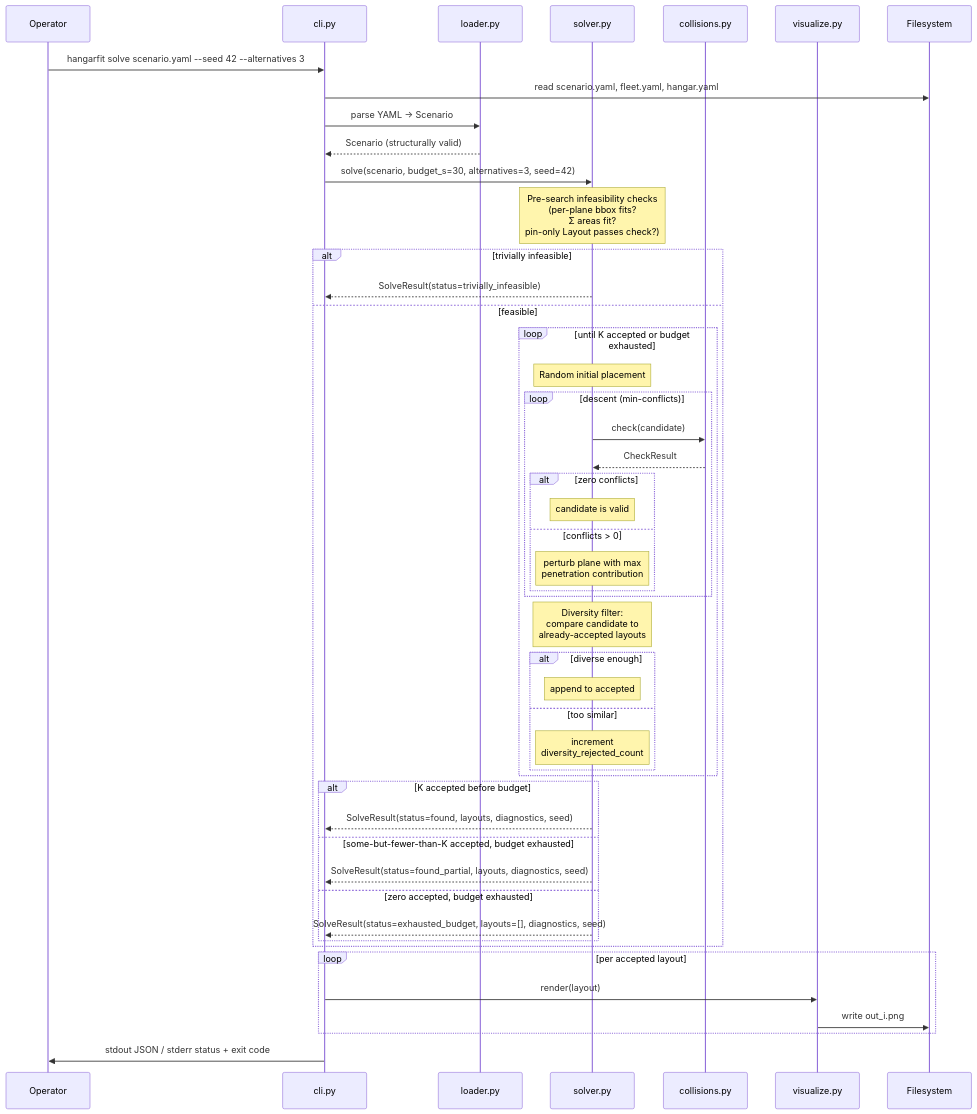
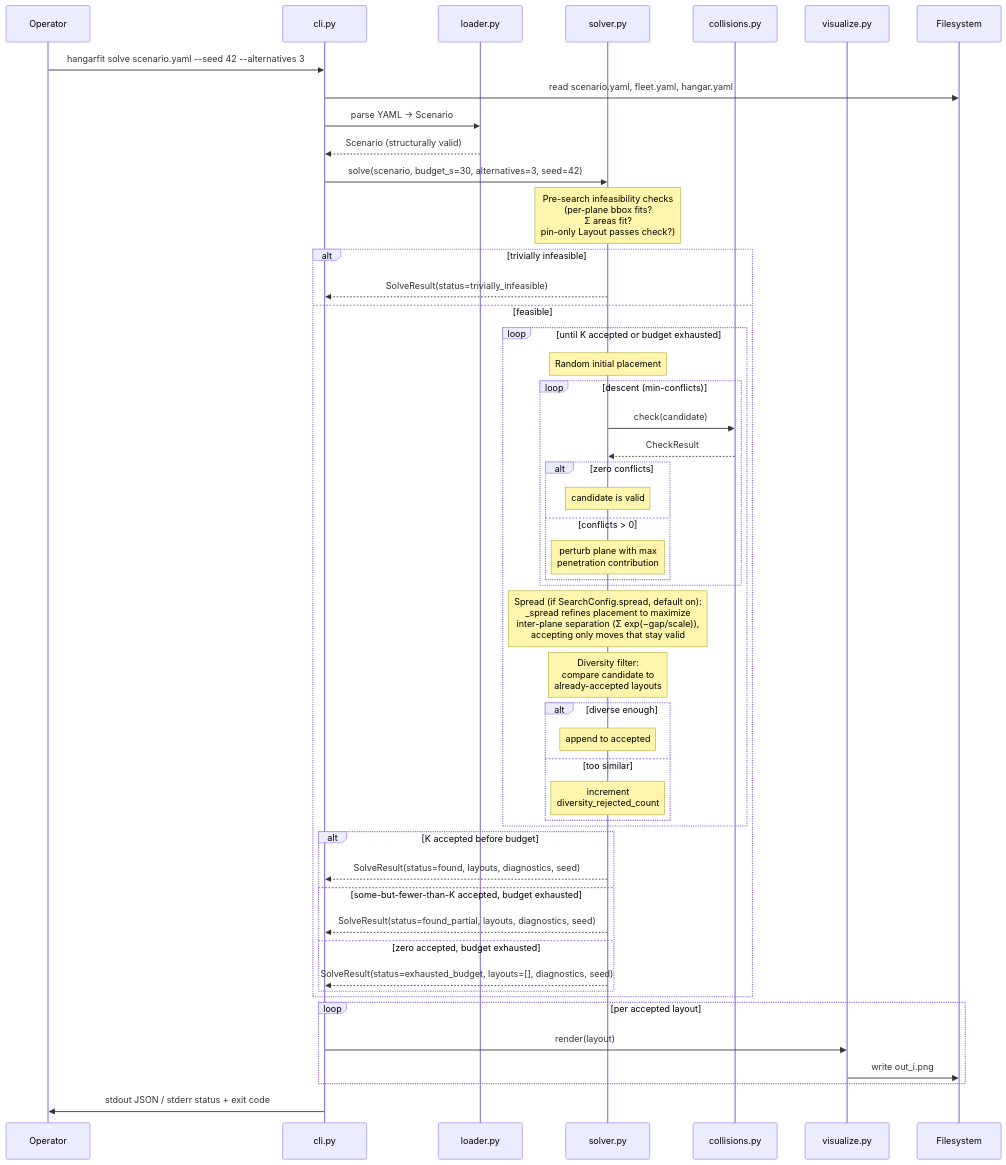
Before and after one commit to DocGerd/hangarfit: the second of 2 diagrams in docs/architecture/06-runtime-view.md, drawn with Mermaid. The commit also changed other lines of this file and 5 other files, not shown here.

Commit message:
docs: record inter-plane spread post-pass in arc42 §4/§5/§6/§8 + CLAUDE.md (#145)

````diff
--- a/docs/architecture/06-runtime-view.md
+++ b/docs/architecture/06-runtime-view.md
@@ -61,53 +61,54 @@
 ```mermaid
 sequenceDiagram
     participant Op as Operator
     participant CLI as cli.py
     participant Loader as loader.py
     participant Solver as solver.py
     participant Coll as collisions.py
     participant Viz as visualize.py
     participant FS as Filesystem
 
     Op->>CLI: hangarfit solve scenario.yaml --seed 42 --alternatives 3
     CLI->>FS: read scenario.yaml, fleet.yaml, hangar.yaml
     CLI->>Loader: parse YAML → Scenario
     Loader-->>CLI: Scenario (structurally valid)
 
     CLI->>Solver: solve(scenario, budget_s=30, alternatives=3, seed=42)
     Note over Solver: Pre-search infeasibility checks<br/>(per-plane bbox fits?<br/>Σ areas fit?<br/>pin-only Layout passes check?)
     alt trivially infeasible
         Solver-->>CLI: SolveResult(status=trivially_infeasible)
     else feasible
         loop until K accepted or budget exhausted
             Note over Solver: Random initial placement
             loop descent (min-conflicts)
                 Solver->>Coll: check(candidate)
                 Coll-->>Solver: CheckResult
                 alt zero conflicts
                     Note over Solver: candidate is valid
                 else conflicts > 0
                     Note over Solver: perturb plane with max<br/>penetration contribution
                 end
             end
+            Note over Solver: Spread (if SearchConfig.spread, default on):<br/>_spread refines placement to maximize<br/>inter-plane separation (Σ exp(−gap/scale)),<br/>accepting only moves that stay valid
             Note over Solver: Diversity filter:<br/>compare candidate to<br/>already-accepted layouts
             alt diverse enough
                 Note over Solver: append to accepted
             else too similar
                 Note over Solver: increment<br/>diversity_rejected_count
             end
         end
         alt K accepted before budget
             Solver-->>CLI: SolveResult(status=found, layouts, diagnostics, seed)
         else some-but-fewer-than-K accepted, budget exhausted
             Solver-->>CLI: SolveResult(status=found_partial, layouts, diagnostics, seed)
         else zero accepted, budget exhausted
             Solver-->>CLI: SolveResult(status=exhausted_budget, layouts=[], diagnostics, seed)
         end
     end
 
     loop per accepted layout
         CLI->>Viz: render(layout)
         Viz->>FS: write out_i.png
     end
     CLI->>Op: stdout JSON / stderr status + exit code
 ```
````
